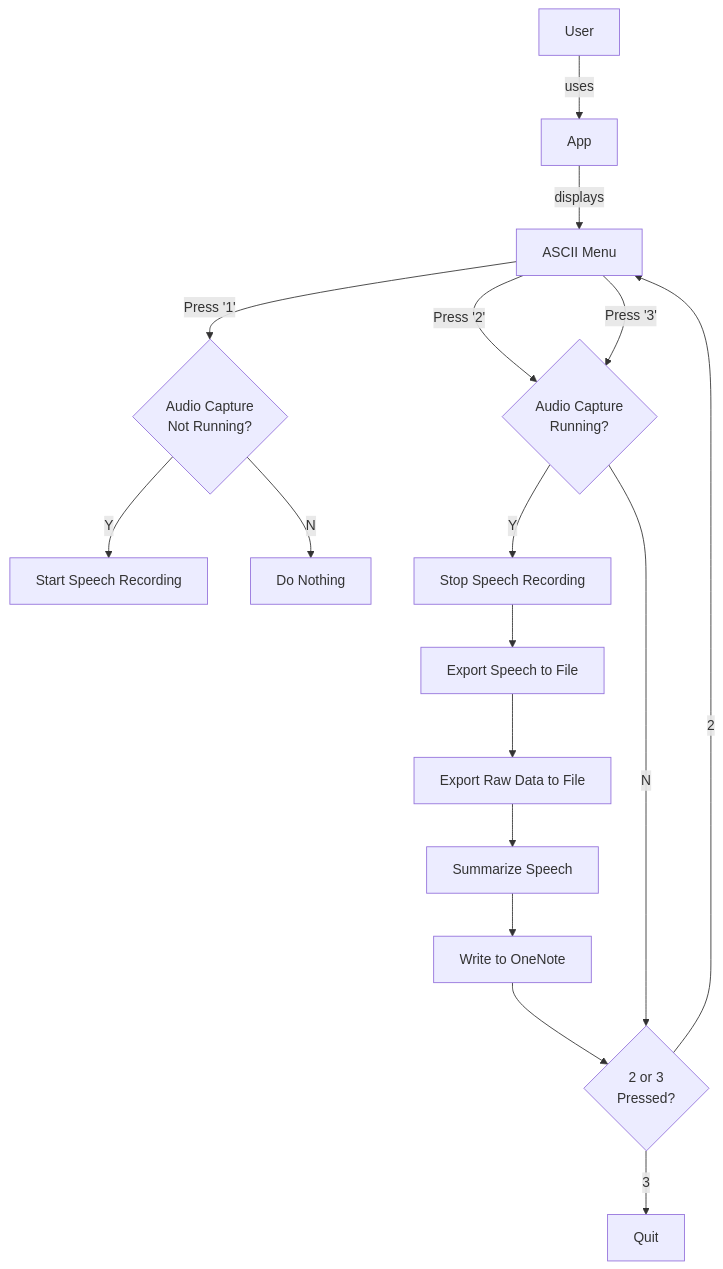
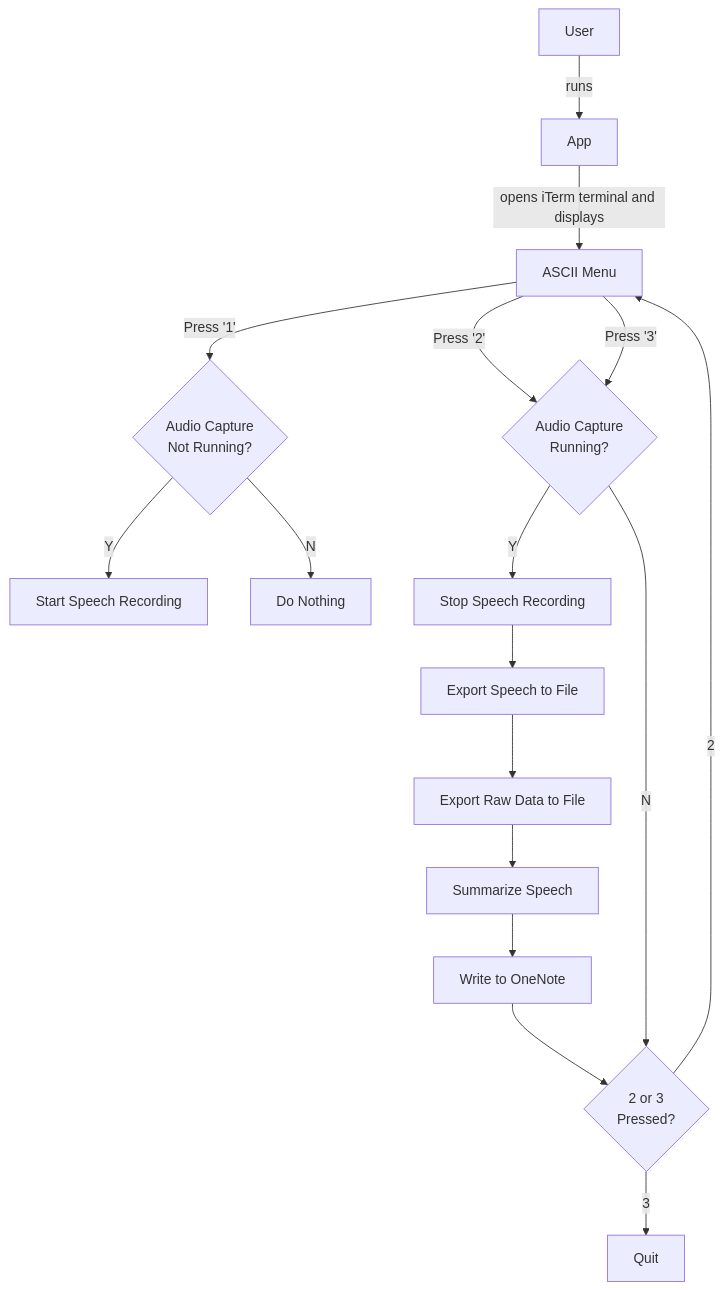
Before and after one commit to choonchernlim/you-talk-too-much-app: the diagram in README.md, drawn with Mermaid. The commit also changed other lines of this file and 4 other files, not shown here.

````diff
--- a/README.md
+++ b/README.md
@@ -3,24 +17,24 @@
 ```mermaid
 flowchart TD
-    A[User] -- uses --> APP[App]
-    APP -- displays --> MENU[ASCII Menu]
+    A[User] -- runs --> APP[App]
+    APP -- opens iTerm terminal and displays --> MENU[ASCII Menu]
 
     MENU -- Press '1' --> DEC1{Audio Capture\nNot Running?}
     DEC1 -- Y --> 1A[Start Speech Recording]
     DEC1 -- N --> 1B[Do Nothing]
 
     MENU -- Press '2' --> DEC2{Audio Capture\n Running?}
 
     DEC2 -- Y --> 2A[Stop Speech Recording]
     2A --> 2B[Export Speech to File]
     2B --> 2C[Export Raw Data to File]
     2C --> 2D[Summarize Speech]
     2D --> 2E[Write to OneNote]
     2E --> DEC3{2 or 3 \nPressed?}
     DEC3 -- 2 --> MENU
     DEC3 -- 3 --> 3A[Quit]
 
     DEC2 -- N --> DEC3
 
     MENU -- Press '3' --> DEC2
 ```
````
